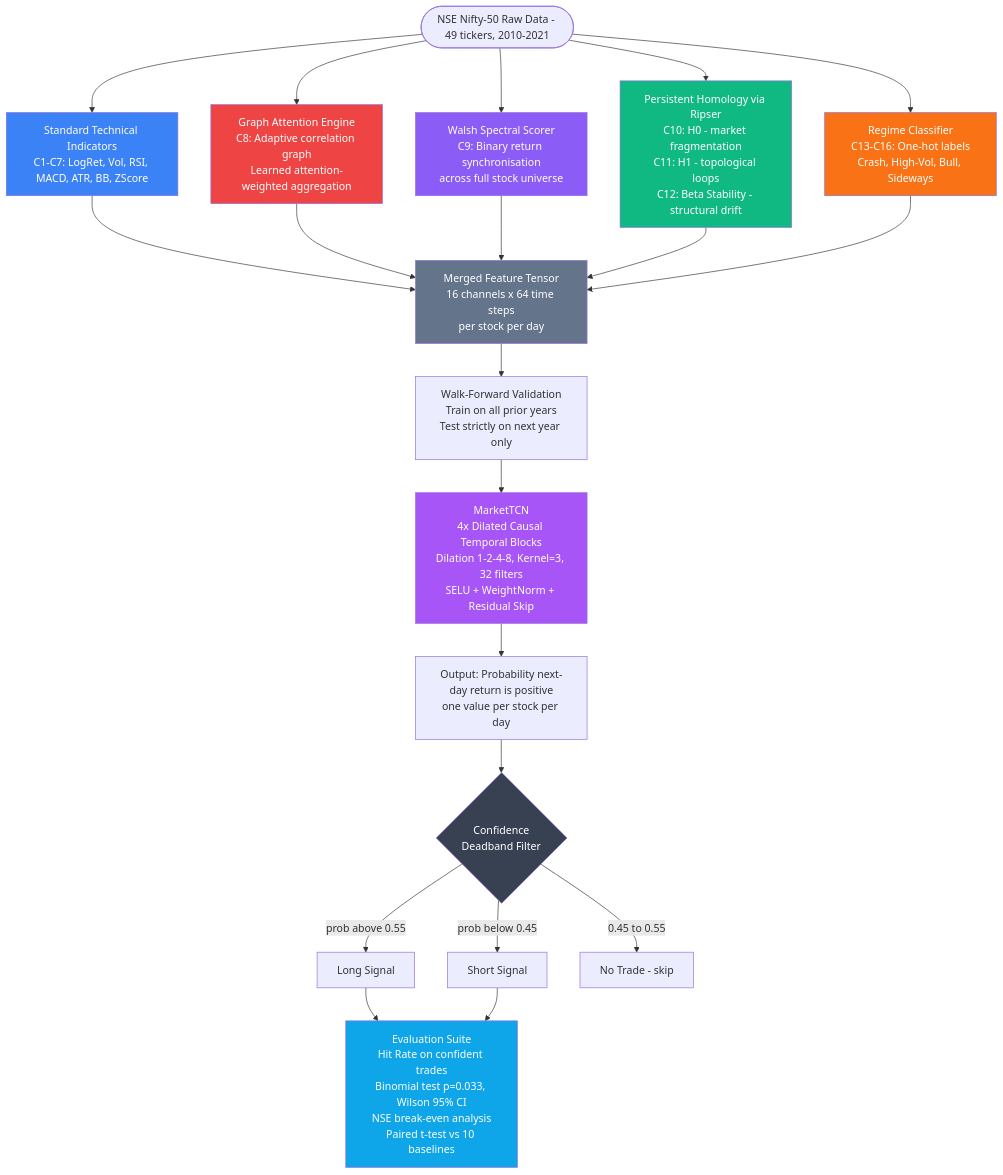
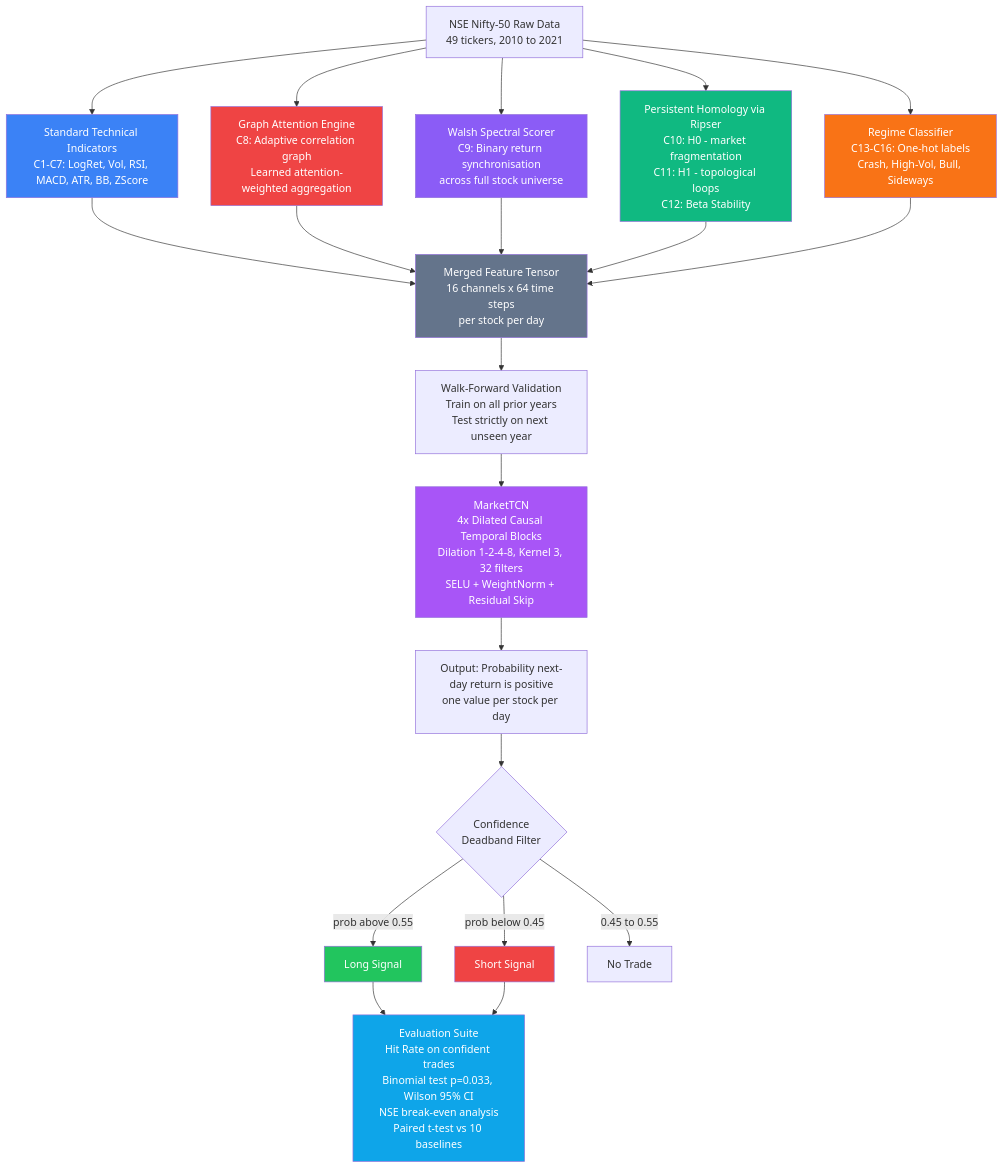
One commit to Asdortop/TopoTrader---Topological-Geometric-Trading-System changed the diagram in summer_internsip-main/README.md. Above: the diagram before and after it, drawn with Mermaid. The commit also changed other lines of this file, not shown here.

Commit message:
Rewrite README as pure markdown - fix architecture rendering

````diff
--- a/summer_internsip-main/README.md
+++ b/summer_internsip-main/README.md
@@ -50,41 +46,42 @@
 ```mermaid
 flowchart TD
-    RAW(["NSE Nifty-50 Raw Data - 49 tickers, 2010-2021"]) --> TECH
+    RAW[NSE Nifty-50 Raw Data\n49 tickers, 2010 to 2021] --> TECH
     RAW --> GAT
     RAW --> WALSH
     RAW --> TDA
     RAW --> REGIME
 
-    TECH["Standard Technical Indicators\nC1-C7: LogRet, Vol, RSI, MACD, ATR, BB, ZScore"] --> MERGE
-    GAT["Graph Attention Engine\nC8: Adaptive correlation graph\nLearned attention-weighted aggregation"] --> MERGE
-    WALSH["Walsh Spectral Scorer\nC9: Binary return synchronisation\nacross full stock universe"] --> MERGE
-    TDA["Persistent Homology via Ripser\nC10: H0 - market fragmentation\nC11: H1 - topological loops\nC12: Beta Stability - structural drift"] --> MERGE
-    REGIME["Regime Classifier\nC13-C16: One-hot labels\nCrash, High-Vol, Bull, Sideways"] --> MERGE
+    TECH[Standard Technical Indicators\nC1-C7: LogRet, Vol, RSI, MACD, ATR, BB, ZScore] --> MERGE
+    GAT[Graph Attention Engine\nC8: Adaptive correlation graph\nLearned attention-weighted aggregation] --> MERGE
+    WALSH[Walsh Spectral Scorer\nC9: Binary return synchronisation\nacross full stock universe] --> MERGE
+    TDA[Persistent Homology via Ripser\nC10: H0 - market fragmentation\nC11: H1 - topological loops\nC12: Beta Stability] --> MERGE
+    REGIME[Regime Classifier\nC13-C16: One-hot labels\nCrash, High-Vol, Bull, Sideways] --> MERGE
 
-    MERGE["Merged Feature Tensor\n16 channels x 64 time steps\nper stock per day"] --> WFV
+    MERGE[Merged Feature Tensor\n16 channels x 64 time steps\nper stock per day] --> WFV
 
-    WFV["Walk-Forward Validation\nTrain on all prior years\nTest strictly on next year only"] --> TCN
+    WFV[Walk-Forward Validation\nTrain on all prior years\nTest strictly on next unseen year] --> TCN
 
-    TCN["MarketTCN\n4x Dilated Causal Temporal Blocks\nDilation 1-2-4-8, Kernel=3, 32 filters\nSELU + WeightNorm + Residual Skip"] --> OUT
+    TCN[MarketTCN\n4x Dilated Causal Temporal Blocks\nDilation 1-2-4-8, Kernel 3, 32 filters\nSELU + WeightNorm + Residual Skip] --> OUT
 
-    OUT["Output: Probability next-day return is positive\none value per stock per day"] --> FILTER
+    OUT[Output: Probability next-day return is positive\none value per stock per day] --> FILTER
 
-    FILTER{"Confidence\nDeadband Filter"} -->|"prob above 0.55"| LONG["Long Signal"]
-    FILTER -->|"prob below 0.45"| SHORT["Short Signal"]
-    FILTER -->|"0.45 to 0.55"| SKIP["No Trade - skip"]
+    FILTER{Confidence\nDeadband Filter} -->|prob above 0.55| LONG[Long Signal]
+    FILTER -->|prob below 0.45| SHORT[Short Signal]
+    FILTER -->|0.45 to 0.55| SKIP[No Trade]
 
     LONG --> EVAL
     SHORT --> EVAL
 
-    EVAL["Evaluation Suite\nHit Rate on confident trades\nBinomial test p=0.033, Wilson 95% CI\nNSE break-even analysis\nPaired t-test vs 10 baselines"]
+    EVAL[Evaluation Suite\nHit Rate on confident trades\nBinomial test p=0.033, Wilson 95% CI\nNSE break-even analysis\nPaired t-test vs 10 baselines]
 
     style TECH fill:#3b82f6,color:#fff
     style GAT fill:#ef4444,color:#fff
     style WALSH fill:#8b5cf6,color:#fff
     style TDA fill:#10b981,color:#fff
     style REGIME fill:#f97316,color:#fff
     style MERGE fill:#64748b,color:#fff
     style TCN fill:#a855f7,color:#fff
     style EVAL fill:#0ea5e9,color:#fff
-    style FILTER fill:#374151,color:#fff
+    style LONG fill:#22c55e,color:#fff
+    style SHORT fill:#ef4444,color:#fff
 ```
````
